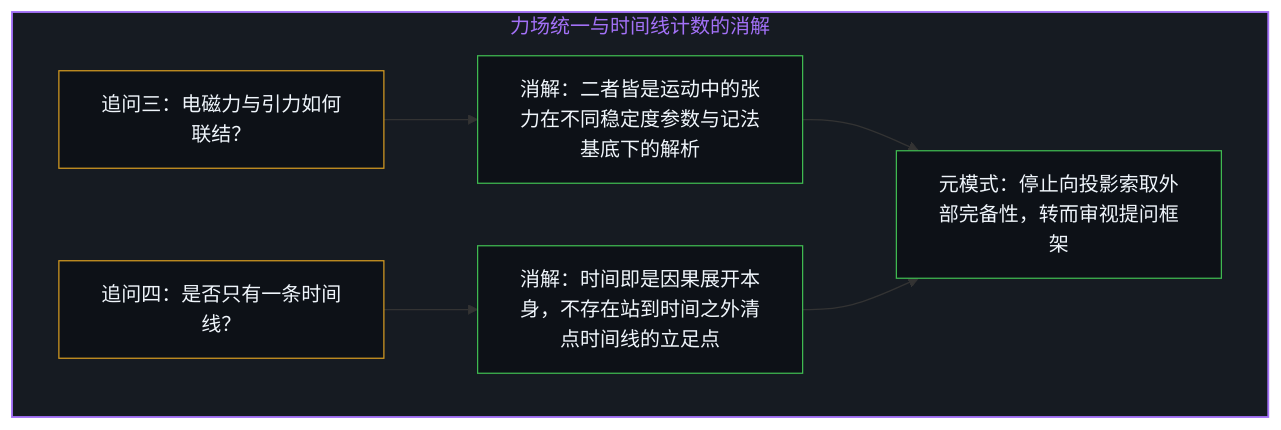
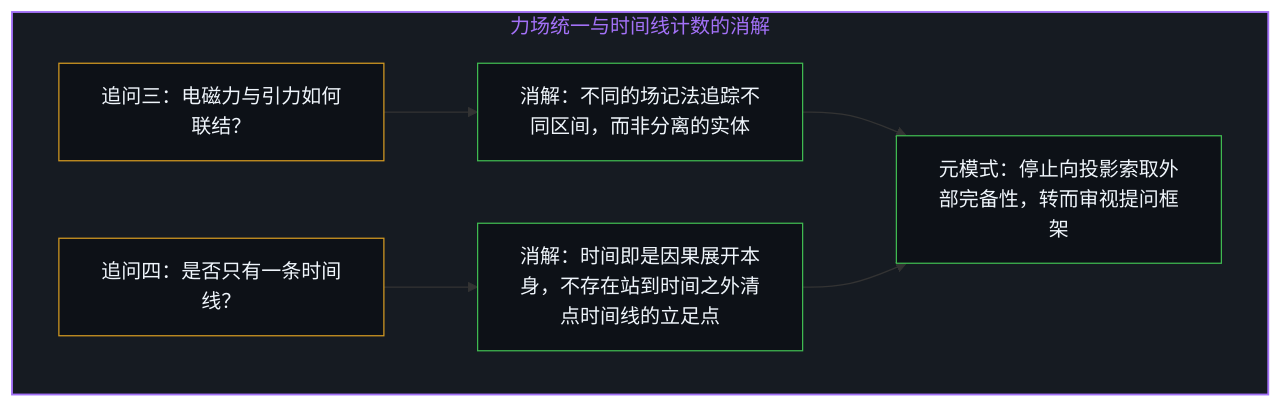
One commit to powerpig99/not-a-toe changed the third of 4 diagrams in content/posts/four-night-questions.md. Above: the diagram before and after it, drawn with Mermaid. The commit also changed other lines of this file and 4 other files, not shown here.

````diff
--- a/content/posts/four-night-questions.md
+++ b/content/posts/four-night-questions.md
@@ -53,15 +53,15 @@
 ```mermaid
 graph TD
     subgraph S_Q34["力场统一与时间线计数的消解"]
-        Q3["追问三：电磁力与引力如何联结？"] --> D3["消解：二者皆是运动中的张力在不同稳定度参数与记法基底下的解析"]
+        Q3["追问三：电磁力与引力如何联结？"] --> D3["消解：不同的场记法追踪不同区间，而非分离的实体"]
         Q4["追问四：是否只有一条时间线？"] --> D4["消解：时间即是因果展开本身，不存在站到时间之外清点时间线的立足点"]
         D3 --> M["元模式：停止向投影索取外部完备性，转而审视提问框架"]
         D4 --> M
     end
     style S_Q34 fill:#161b22,stroke:#a371f7,stroke-width:1.5px,color:#a371f7
     style Q3 fill:#0d1117,stroke:#d29922,stroke-width:1px,color:#f0f6fc
     style D3 fill:#0d1117,stroke:#3fb950,stroke-width:1px,color:#f0f6fc
     style Q4 fill:#0d1117,stroke:#d29922,stroke-width:1px,color:#f0f6fc
     style D4 fill:#0d1117,stroke:#3fb950,stroke-width:1px,color:#f0f6fc
     style M fill:#0d1117,stroke:#3fb950,stroke-width:1px,color:#f0f6fc
 ```
````
